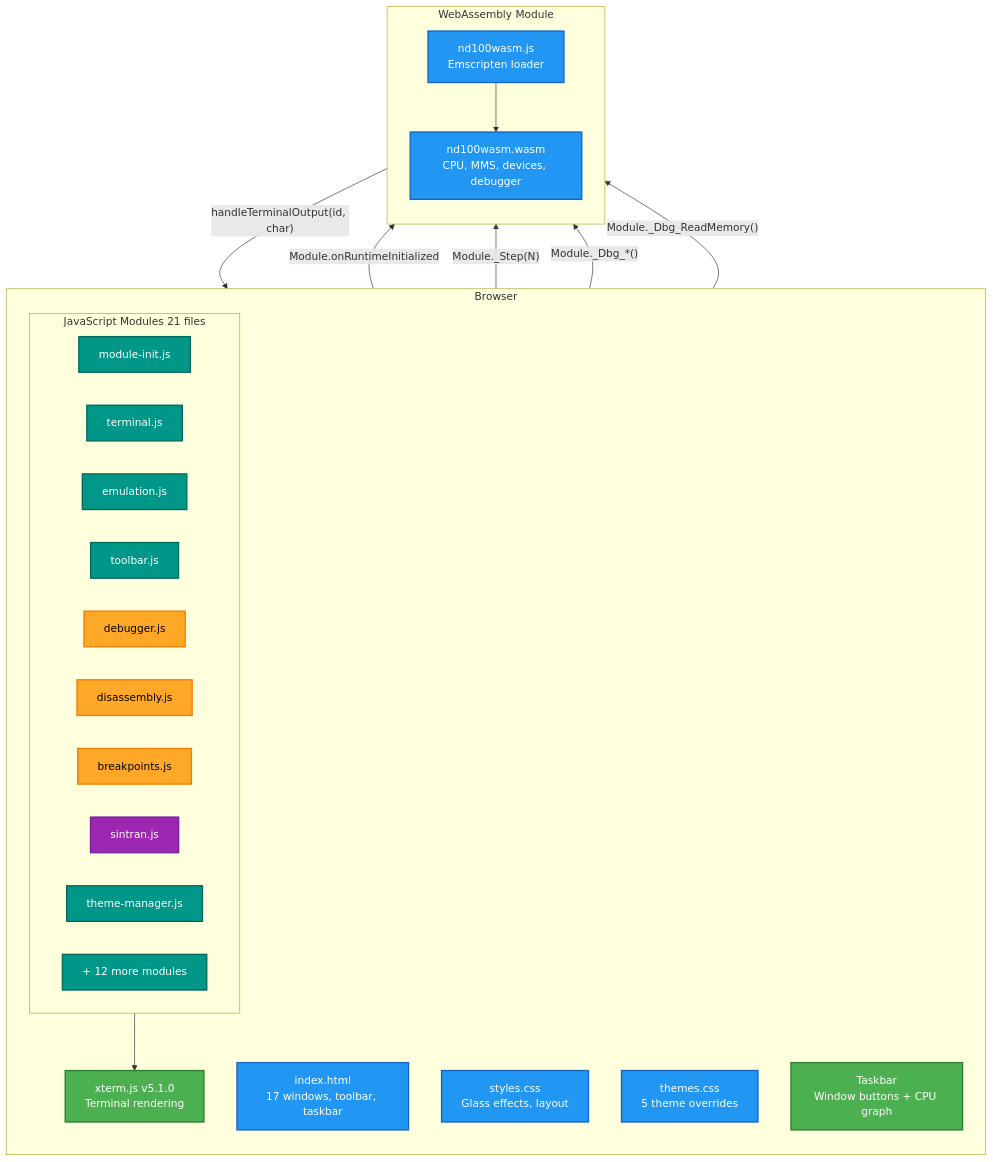
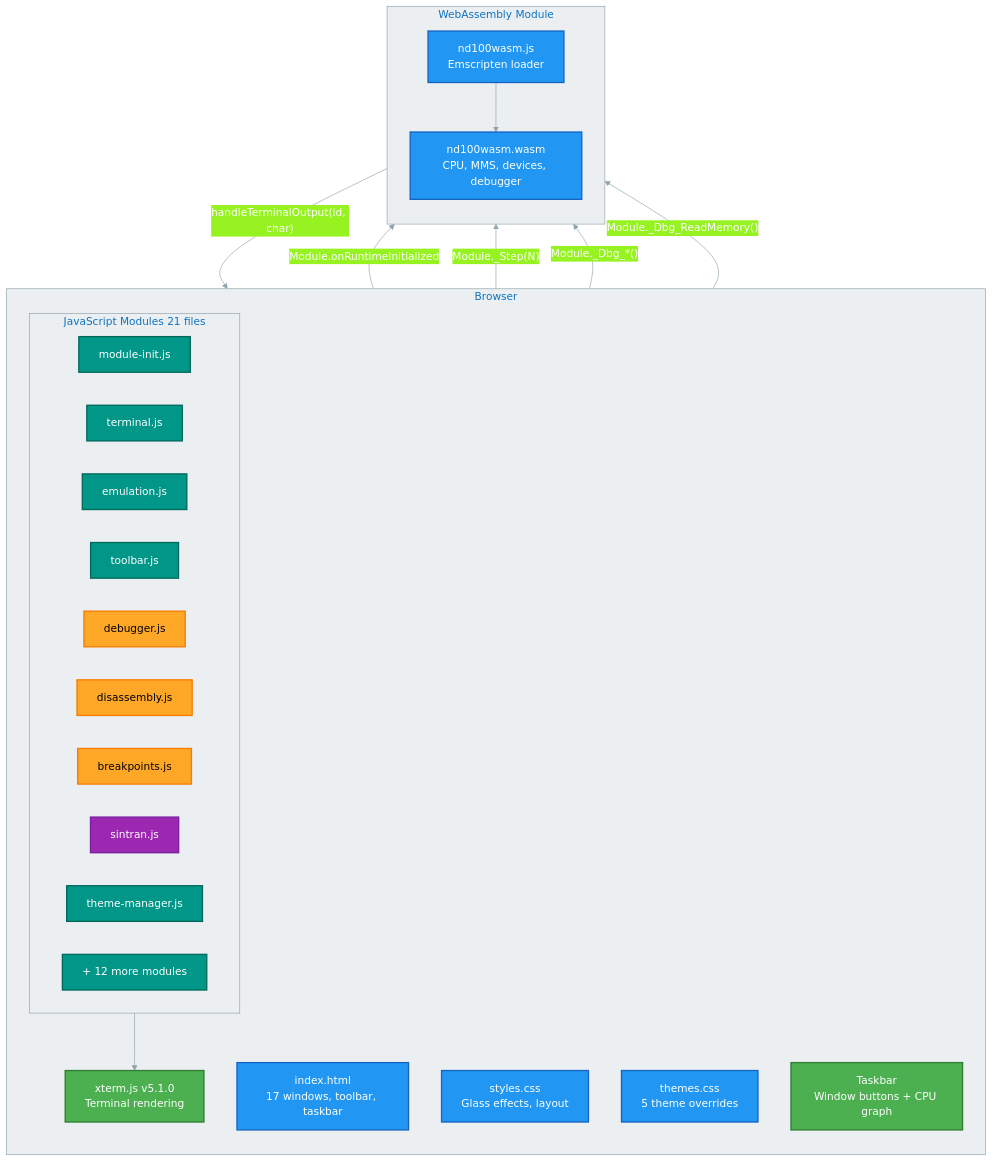
One commit to HackerCorpLabs/nd100x changed the first of 3 diagrams in GLASS.md. Above: the diagram before and after it, drawn with Mermaid. The commit also changed other lines of this file, not shown here.

First line of the commit message:
Vibrant Mermaid diagrams with full theme control

````diff
--- a/GLASS.md
+++ b/GLASS.md
@@ -49,53 +49,54 @@
 ```mermaid
+%%{init: {'theme':'base', 'themeVariables': {'primaryColor':'#2196F3', 'primaryTextColor':'#fff', 'primaryBorderColor':'#1565C0', 'lineColor':'#90A4AE', 'textColor':'#263238', 'background':'#FAFAFA', 'mainBkg':'#FAFAFA', 'clusterBkg':'#ECEFF1', 'clusterBorder':'#90A4AE'}}}%%
 flowchart TB
     subgraph Browser
         direction TB
         HTML["index.html<br/>17 windows, toolbar, taskbar"]
         CSS1["styles.css<br/>Glass effects, layout"]
         CSS2["themes.css<br/>5 theme overrides"]
 
         subgraph JS["JavaScript Modules 21 files"]
             direction LR
             INIT["module-init.js"]
             TERM["terminal.js"]
             EMU["emulation.js"]
             TOOL["toolbar.js"]
             DBG["debugger.js"]
             DISASM["disassembly.js"]
             BP["breakpoints.js"]
             SINT["sintran.js"]
             THEME["theme-manager.js"]
             MORE["+ 12 more modules"]
         end
 
         XTERM["xterm.js v5.1.0<br/>Terminal rendering"]
         TASKBAR["Taskbar<br/>Window buttons + CPU graph"]
     end
 
     subgraph WASM["WebAssembly Module"]
         direction TB
         WASMJS["nd100wasm.js<br/>Emscripten loader"]
         WASMBIN["nd100wasm.wasm<br/>CPU, MMS, devices, debugger"]
     end
 
     INIT -->|"Module.onRuntimeInitialized"| WASMJS
     WASMJS --> WASMBIN
     EMU -->|"Module._Step(N)"| WASMBIN
     DBG -->|"Module._Dbg_*()"| WASMBIN
     SINT -->|"Module._Dbg_ReadMemory()"| WASMBIN
     WASMBIN -->|"handleTerminalOutput(id, char)"| TERM
     TERM --> XTERM
 
     classDef wasm fill:#2196F3,stroke:#1565C0,stroke-width:2px,color:#fff
     classDef jsmod fill:#009688,stroke:#00695C,stroke-width:2px,color:#fff
     classDef debugger fill:#FFA726,stroke:#F57C00,stroke-width:2px,color:#000
     classDef sintran fill:#9C27B0,stroke:#7B1FA2,stroke-width:2px,color:#fff
     classDef terminal fill:#4CAF50,stroke:#2E7D32,stroke-width:2px,color:#fff
 
     class HTML,CSS1,CSS2 wasm
     class INIT,TERM,EMU,TOOL,THEME,MORE jsmod
     class DBG,DISASM,BP debugger
     class SINT sintran
     class XTERM,TASKBAR terminal
     class WASMJS,WASMBIN wasm
 ```
````
